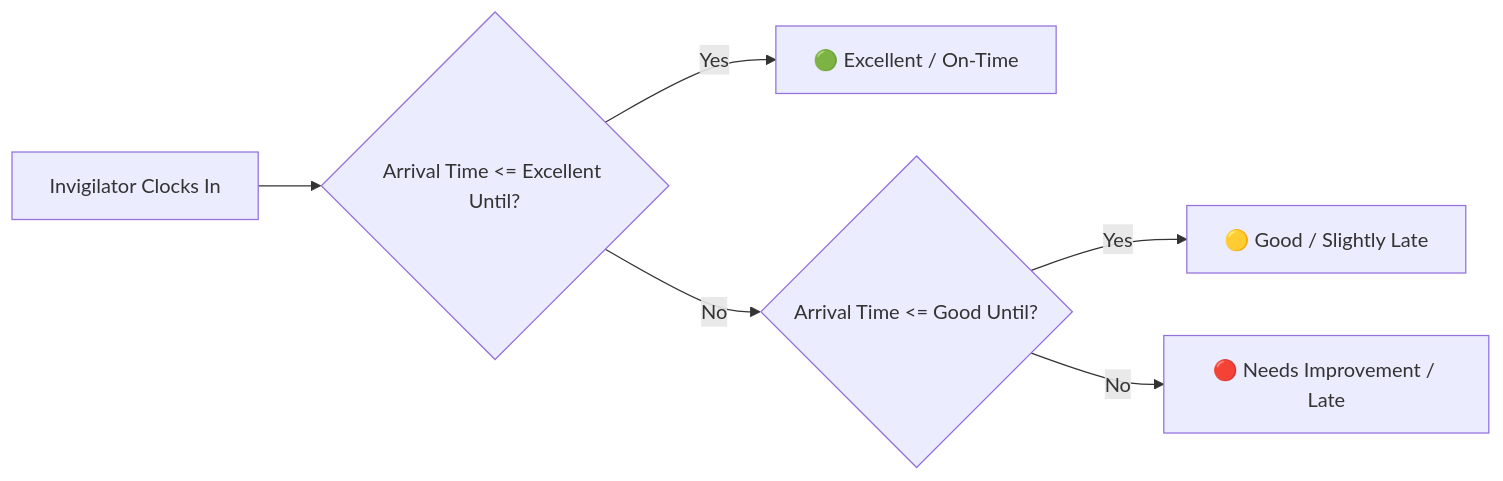
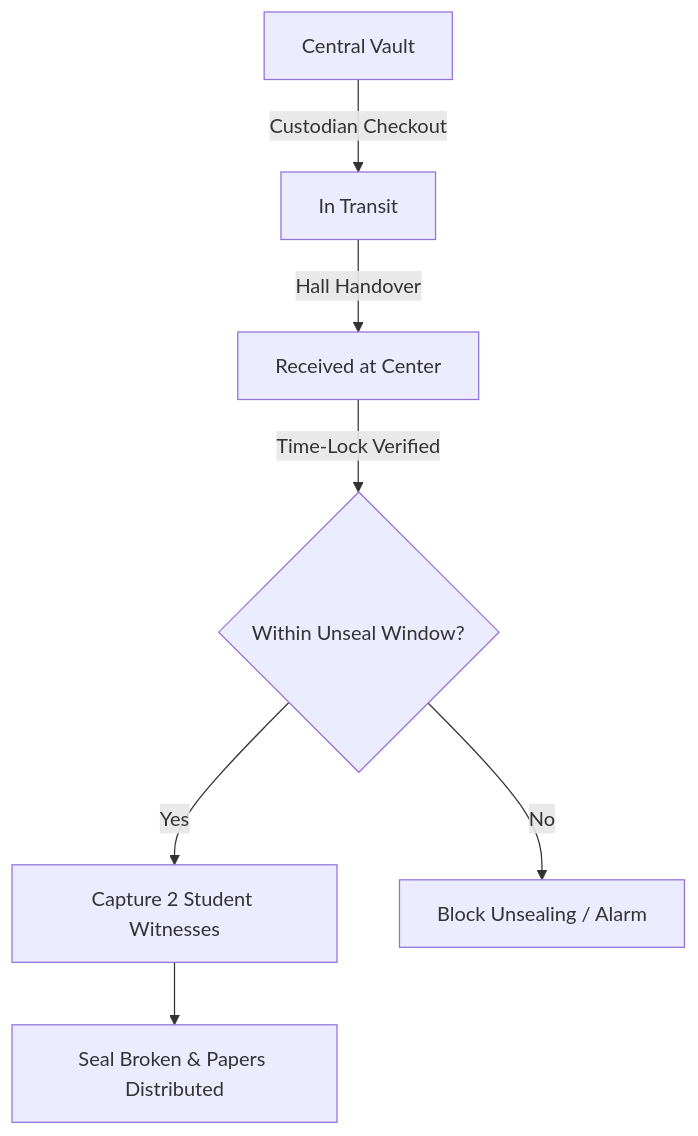
Before and after one commit to rajnishsinh2003/DutyDesk: the diagram in README.md, drawn with Mermaid. The commit also changed other lines of this file, not shown here.

Commit message:
docs: update README with complete 39-feature matrix, architecture, and diagrams

````diff
--- a/README.md
+++ b/README.md
@@ -100,8 +94,9 @@
 ```mermaid
-flowchart LR
-    A[Invigilator Clocks In] --> B{Arrival Time <= Excellent Until?}
-    B -- Yes --> C[🟢 Excellent / On-Time]
-    B -- No --> D{Arrival Time <= Good Until?}
-    D -- Yes --> E[🟡 Good / Slightly Late]
-    D -- No --> F[🔴 Needs Improvement / Late]
+graph TD
+    A[Central Vault] -->|Custodian Checkout| B[In Transit]
+    B -->|Hall Handover| C[Received at Center]
+    C -->|Time-Lock Verified| D{Within Unseal Window?}
+    D -- Yes --> E[Capture 2 Student Witnesses]
+    D -- No --> F[Block Unsealing / Alarm]
+    E --> G[Seal Broken & Papers Distributed]
 ```
````
